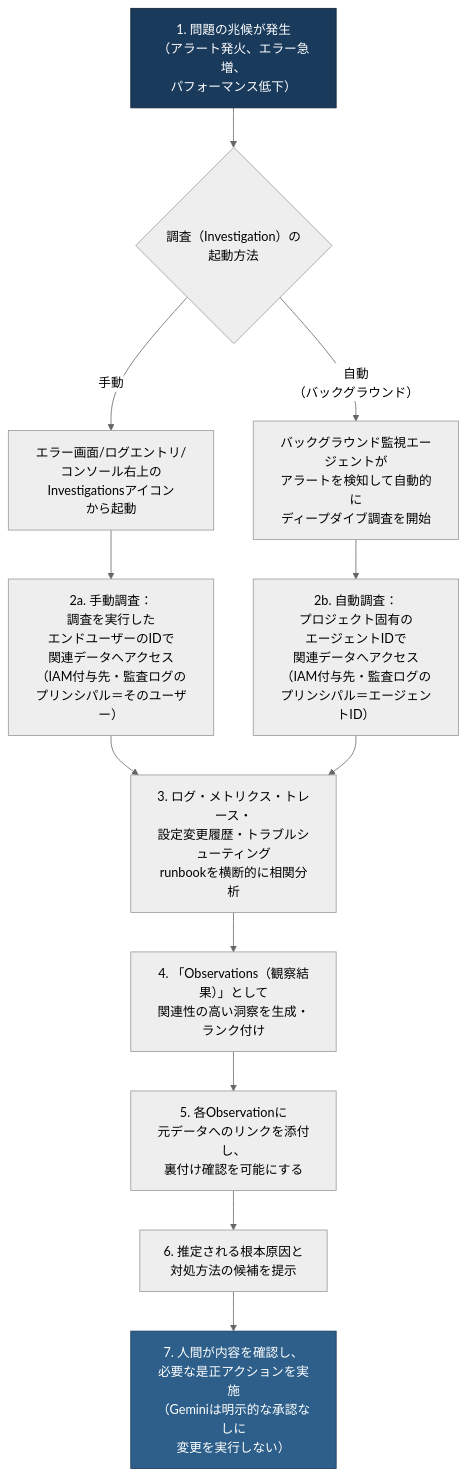
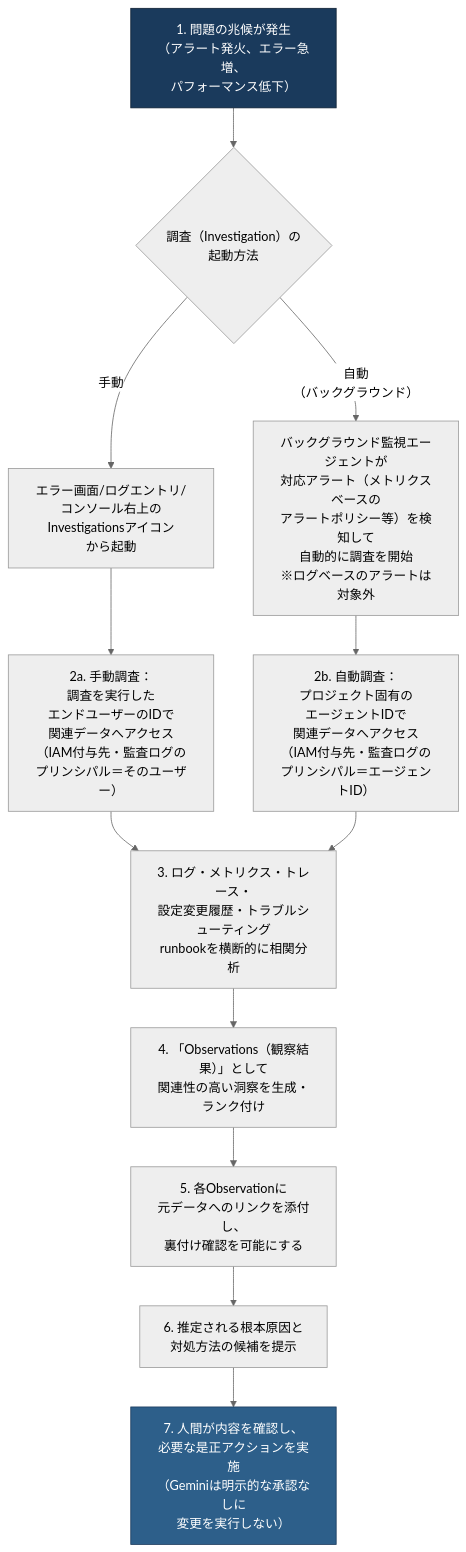
Diagram 15 of 15 in Gcp-professional-cloud-developer-section4.md (myoshi2891/Cloud-Infrastructure-Studies), drawn with Mermaid (neutral theme) before and after one commit. The commit also changed other lines of this file, not shown here.

````diff
--- a/Gcp-professional-cloud-developer-section4.md
+++ b/Gcp-professional-cloud-developer-section4.md
@@ -768,17 +770,17 @@
 ```mermaid
 flowchart TD
     A["1. 問題の兆候が発生<br/>（アラート発火、エラー急増、<br/>パフォーマンス低下）"] --> B{"調査（Investigation）の<br/>起動方法"}
     B -->|"手動"| C["エラー画面/ログエントリ/<br/>コンソール右上のInvestigationsアイコン<br/>から起動"]
-    B -->|"自動<br/>（バックグラウンド）"| D["バックグラウンド監視エージェントが<br/>アラートを検知して自動的に<br/>ディープダイブ調査を開始"]
+    B -->|"自動<br/>（バックグラウンド）"| D["バックグラウンド監視エージェントが<br/>対応アラート（メトリクスベースの<br/>アラートポリシー等）を検知して<br/>自動的に調査を開始<br/>※ログベースのアラートは対象外"]
     C --> E1["2a. 手動調査：<br/>調査を実行した<br/>エンドユーザーのIDで<br/>関連データへアクセス<br/>（IAM付与先・監査ログの<br/>プリンシパル＝そのユーザー）"]
     D --> E2["2b. 自動調査：<br/>プロジェクト固有の<br/>エージェントIDで<br/>関連データへアクセス<br/>（IAM付与先・監査ログの<br/>プリンシパル＝エージェントID）"]
     E1 --> F["3. ログ・メトリクス・トレース・<br/>設定変更履歴・トラブルシューティング<br/>runbookを横断的に相関分析"]
     E2 --> F
     F --> G["4. 「Observations（観察結果）」として<br/>関連性の高い洞察を生成・ランク付け"]
     G --> H["5. 各Observationに<br/>元データへのリンクを添付し、<br/>裏付け確認を可能にする"]
     H --> I["6. 推定される根本原因と<br/>対処方法の候補を提示"]
     I --> J["7. 人間が内容を確認し、<br/>必要な是正アクションを実施<br/>（Geminiは明示的な承認なしに<br/>変更を実行しない）"]
 
     style A fill:#1a3a5c,stroke:#0d1f33,color:#ffffff
     style J fill:#2d5f8a,stroke:#1a3a5c,color:#ffffff
 ```
````
